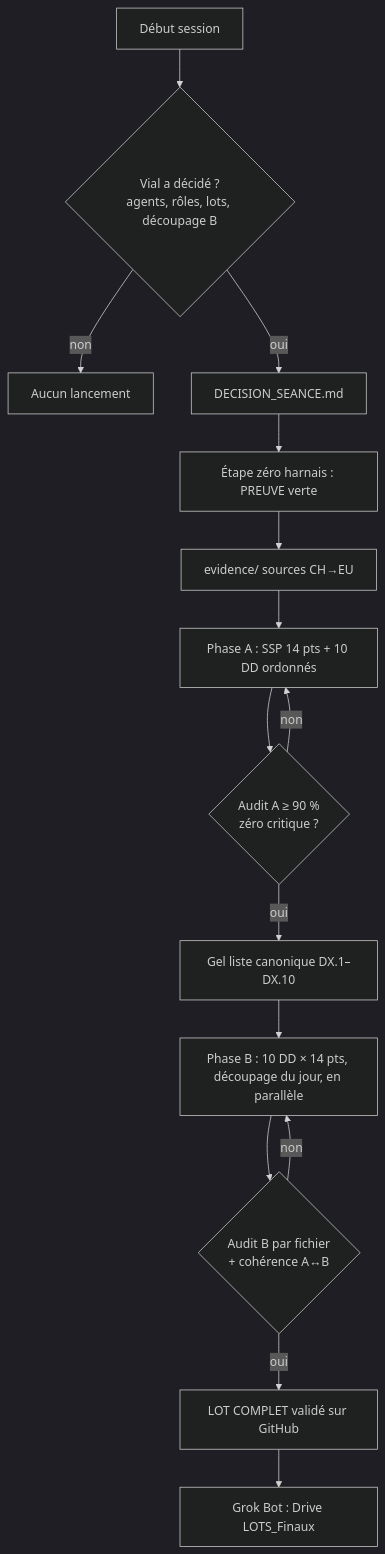
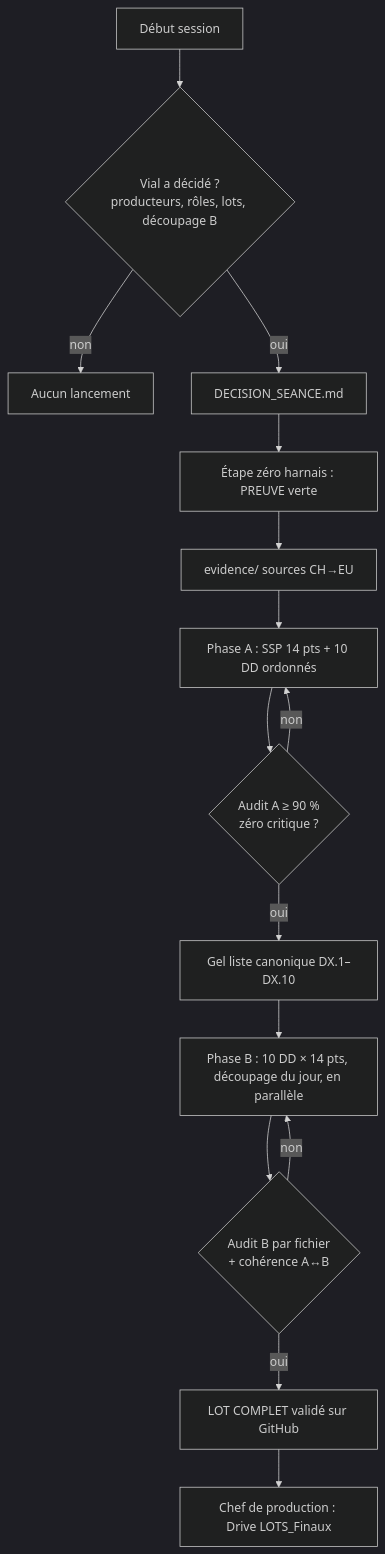
One commit to vialdjoukang-spec/organigramme-examen-federal changed the diagram in PROMPT_Casern/PROMPT_ULTIME_PRODUCTION_LOTS_V0.md. Above: the diagram before and after it, drawn with Mermaid (dark theme). The commit also changed other lines of this file and 1 other file, not shown here.

Commit message:
Prompt V0: aucune mention d’IA; confirmation externe supprimée; chef de production

````diff
--- a/PROMPT_Casern/PROMPT_ULTIME_PRODUCTION_LOTS_V0.md
+++ b/PROMPT_Casern/PROMPT_ULTIME_PRODUCTION_LOTS_V0.md
@@ -798,17 +800,17 @@
 ```mermaid
 flowchart TD
-  D0[Début session] --> Q{Vial a décidé ?<br/>agents, rôles, lots, découpage B}
+  D0[Début session] --> Q{Vial a décidé ?<br/>producteurs, rôles, lots, découpage B}
   Q -- non --> STOP[Aucun lancement]
   Q -- oui --> DS[DECISION_SEANCE.md]
   DS --> H[Étape zéro harnais : PREUVE verte]
   H --> EV[evidence/ sources CH→EU]
   EV --> A[Phase A : SSP 14 pts + 10 DD ordonnés]
   A --> AA{Audit A ≥ 90 %<br/>zéro critique ?}
   AA -- non --> A
   AA -- oui --> G[Gel liste canonique DX.1–DX.10]
   G --> B[Phase B : 10 DD × 14 pts, découpage du jour, en parallèle]
   B --> AB{Audit B par fichier<br/>+ cohérence A↔B}
   AB -- non --> B
   AB -- oui --> LC[LOT COMPLET validé sur GitHub]
-  LC --> DR[Grok Bot : Drive LOTS_Finaux]
+  LC --> DR[Chef de production : Drive LOTS_Finaux]
 ```
````
